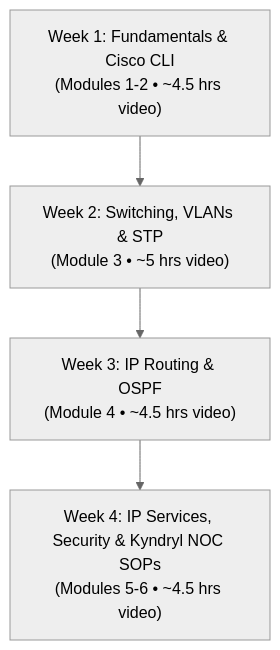
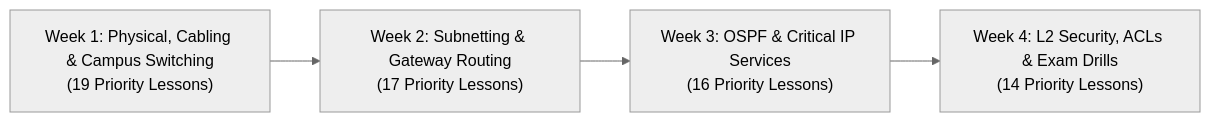
Before and after one commit to shaikmdnisaar/kyndryl-l1-mastery: the diagram in KYNDRYL_L1_NETWORK_STUDY_PLAN.md, drawn with Mermaid (neutral theme). The commit also changed other lines of this file and 3 other files, not shown here.

Commit message:
Add Kyndryl L1 Priority Path (66 core lessons) with direct links and toggle filter

````diff
--- a/KYNDRYL_L1_NETWORK_STUDY_PLAN.md
+++ b/KYNDRYL_L1_NETWORK_STUDY_PLAN.md
@@ -31,6 +26,6 @@
 ```mermaid
-flowchart TD
-    W1["Week 1: Fundamentals & Cisco CLI\n(Modules 1-2 • ~4.5 hrs video)"] --> W2["Week 2: Switching, VLANs & STP\n(Module 3 • ~5 hrs video)"]
-    W2 --> W3["Week 3: IP Routing & OSPF\n(Module 4 • ~4.5 hrs video)"]
-    W3 --> W4["Week 4: IP Services, Security & Kyndryl NOC SOPs\n(Modules 5-6 • ~4.5 hrs video)"]
+flowchart LR
+    W1["Week 1: Physical, Cabling & Campus Switching\n(19 Priority Lessons)"] --> W2["Week 2: Subnetting & Gateway Routing\n(17 Priority Lessons)"]
+    W2 --> W3["Week 3: OSPF & Critical IP Services\n(16 Priority Lessons)"]
+    W3 --> W4["Week 4: L2 Security, ACLs & Exam Drills\n(14 Priority Lessons)"]
 ```
````
